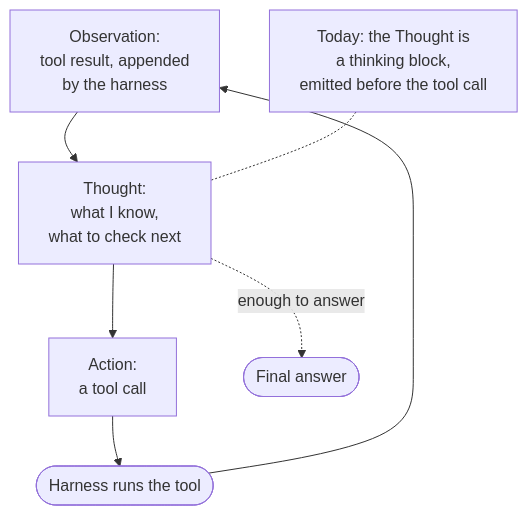
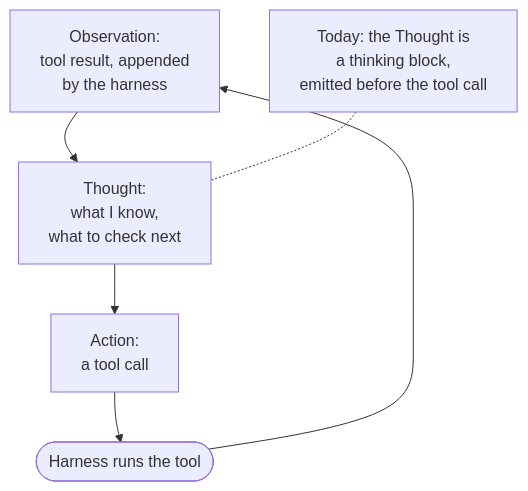
The diagram in diagrams/src/react-thought-action-observation.mmd (joshxinjie/agentic-harness-notes), drawn with Mermaid before and after one commit. The commit also changed 8 other files, not shown here.

```diff
--- a/diagrams/src/react-thought-action-observation.mmd
+++ b/diagrams/src/react-thought-action-observation.mmd
@@ -1,7 +1,6 @@
 flowchart TD
     O["Observation:<br>tool result, appended<br>by the harness"] --> T["Thought:<br>what I know,<br>what to check next"]
     T --> A["Action:<br>a tool call"]
     A --> X(["Harness runs the tool"])
     X --> O
-    T -.->|"enough to answer"| F(["Final answer"])
     N["Today: the Thought is<br>a thinking block,<br>emitted before the tool call"] -.- T
```
